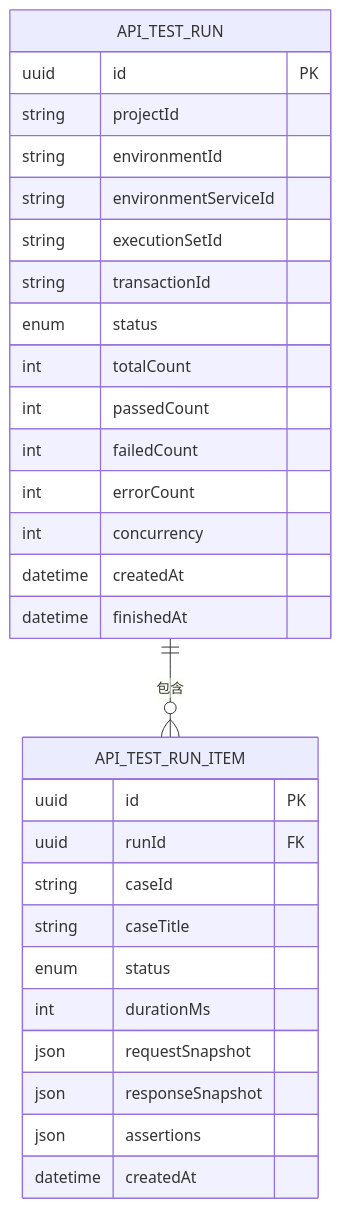
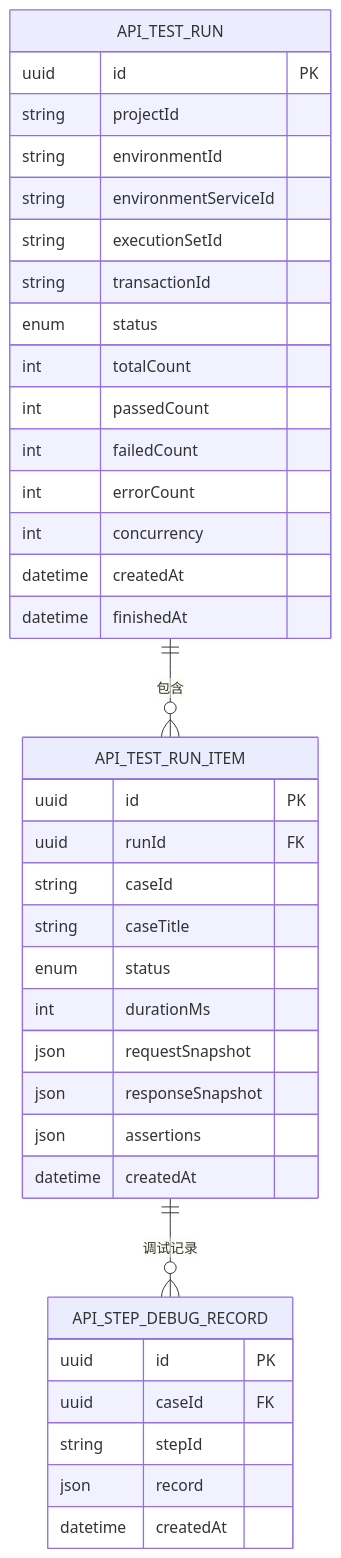
One commit to Lichhu/caseForge changed the fifth of 6 diagrams in .qoder/repowiki/zh/content/API 参考文档/API 测试 API/测试执行与运行.md. Above: the diagram before and after it, drawn with Mermaid. The commit also changed other lines of this file and 8 other files, not shown here.

````diff
--- a/.qoder/repowiki/zh/content/API 参考文档/API 测试 API/测试执行与运行.md
+++ b/.qoder/repowiki/zh/content/API 参考文档/API 测试 API/测试执行与运行.md
@@ -224,32 +286,40 @@
 ```mermaid
 erDiagram
 API_TEST_RUN {
 uuid id PK
 string projectId
 string environmentId
 string environmentServiceId
 string executionSetId
 string transactionId
 enum status
 int totalCount
 int passedCount
 int failedCount
 int errorCount
 int concurrency
 datetime createdAt
 datetime finishedAt
 }
 API_TEST_RUN_ITEM {
 uuid id PK
 uuid runId FK
 string caseId
 string caseTitle
 enum status
 int durationMs
 json requestSnapshot
 json responseSnapshot
 json assertions
 datetime createdAt
 }
+API_STEP_DEBUG_RECORD {
+uuid id PK
+uuid caseId FK
+string stepId
+json record
+datetime createdAt
+}
 API_TEST_RUN ||--o{ API_TEST_RUN_ITEM : "包含"
+API_TEST_RUN_ITEM ||--o{ API_STEP_DEBUG_RECORD : "调试记录"
 ```
````
